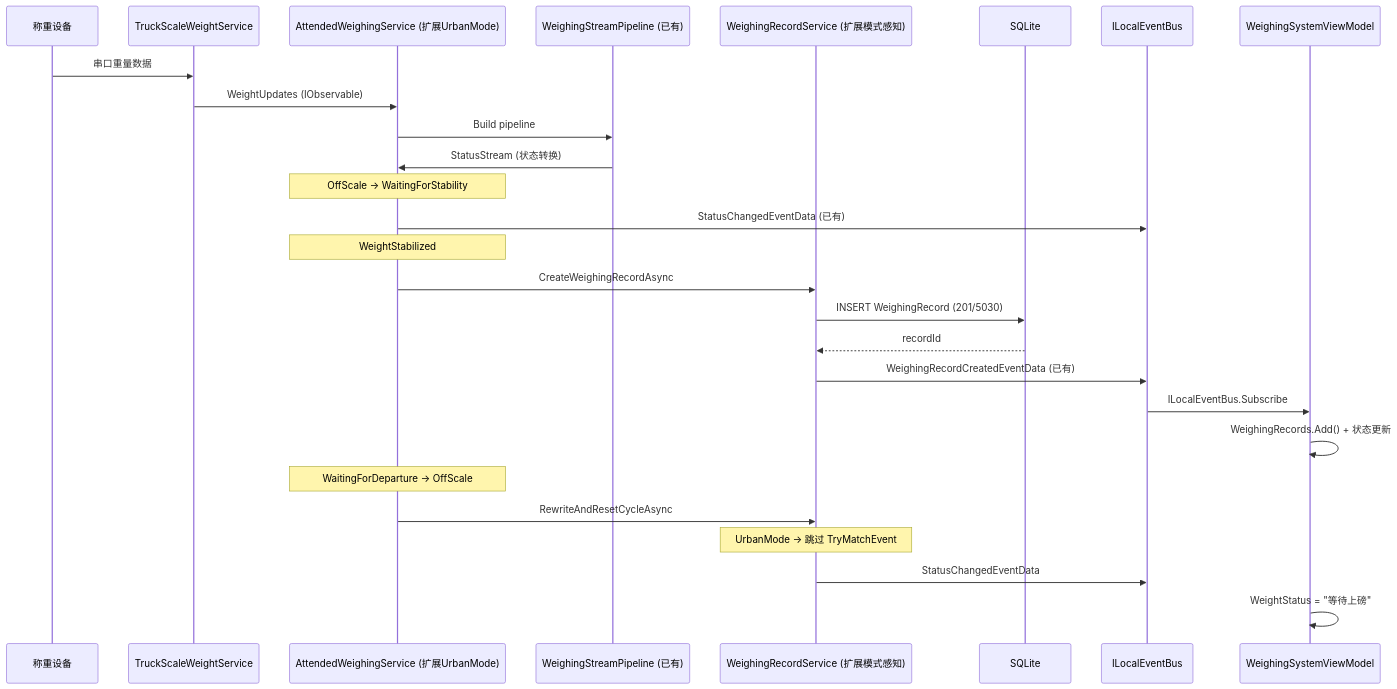
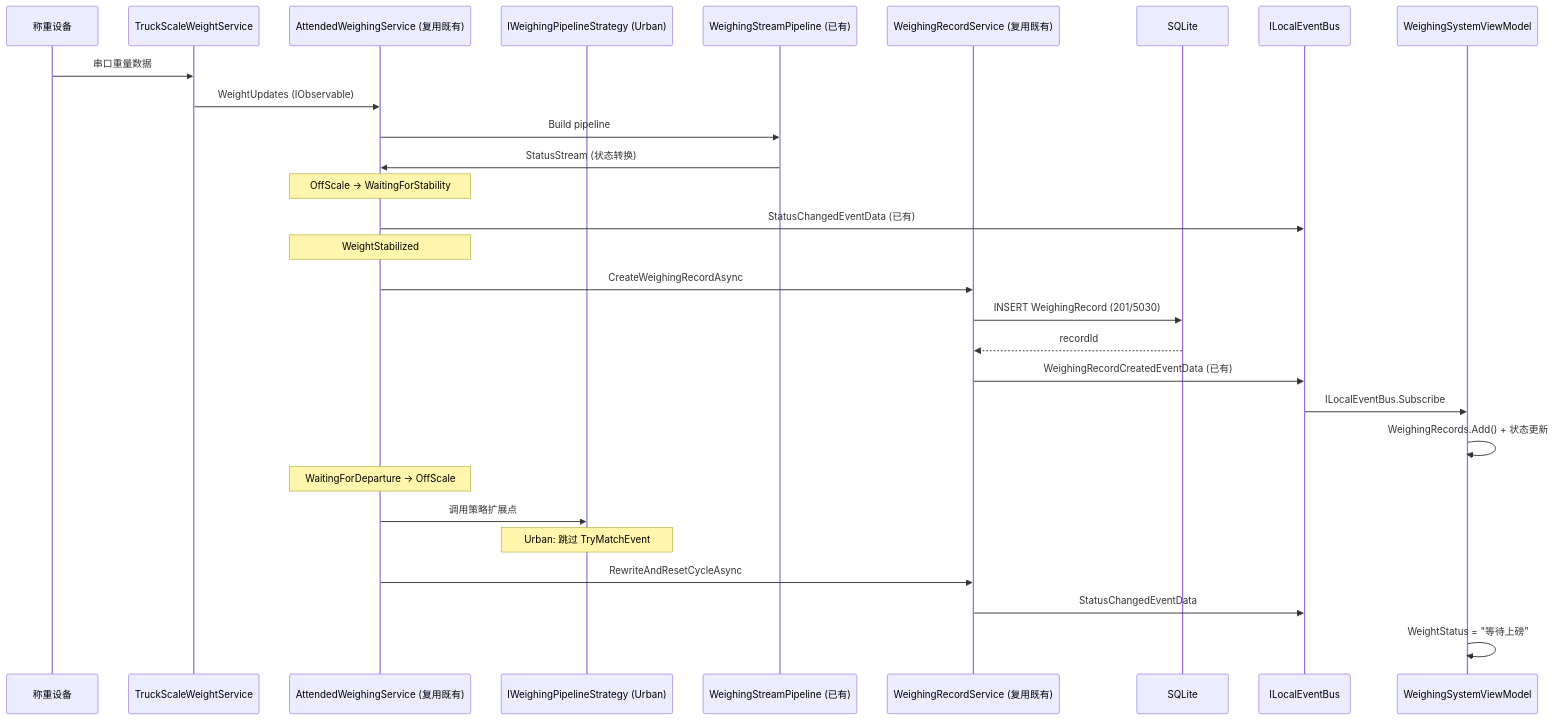
One commit to feewillowherb/MaterialMonospec changed the second of 2 diagrams in openspec/changes/urban-weighing-record-pipeline/design.md. Above: the diagram before and after it, drawn with Mermaid. The commit also changed other lines of this file and 2 other files, not shown here.

First line of the commit message:
docs(openspec): refine Urban weighing record pipeline design (ADR-5/8/9)

````diff
--- a/openspec/changes/urban-weighing-record-pipeline/design.md
+++ b/openspec/changes/urban-weighing-record-pipeline/design.md
@@ -150,35 +166,37 @@
 ```mermaid
 sequenceDiagram
     participant Dev as 称重设备
     participant TSW as TruckScaleWeightService
-    participant AWS as AttendedWeighingService (扩展UrbanMode)
+    participant AWS as AttendedWeighingService (复用既有)
+    participant Strat as IWeighingPipelineStrategy (Urban)
     participant WSP as WeighingStreamPipeline (已有)
-    participant WRS as WeighingRecordService (扩展模式感知)
+    participant WRS as WeighingRecordService (复用既有)
     participant DB as SQLite
     participant EB as ILocalEventBus
     participant VM as WeighingSystemViewModel
 
     Dev->>TSW: 串口重量数据
     TSW->>AWS: WeightUpdates (IObservable)
     AWS->>WSP: Build pipeline
     WSP->>AWS: StatusStream (状态转换)
 
     Note over AWS: OffScale → WaitingForStability
     AWS->>EB: StatusChangedEventData (已有)
 
     Note over AWS: WeightStabilized
     AWS->>WRS: CreateWeighingRecordAsync
     WRS->>DB: INSERT WeighingRecord (201/5030)
     DB-->>WRS: recordId
     WRS->>EB: WeighingRecordCreatedEventData (已有)
 
     EB->>VM: ILocalEventBus.Subscribe
     VM->>VM: WeighingRecords.Add() + 状态更新
 
     Note over AWS: WaitingForDeparture → OffScale
+    AWS->>Strat: 调用策略扩展点
+    Note over Strat: Urban: 跳过 TryMatchEvent
     AWS->>WRS: RewriteAndResetCycleAsync
-    Note over WRS: UrbanMode → 跳过 TryMatchEvent
     WRS->>EB: StatusChangedEventData
 
     VM->>VM: WeightStatus = "等待上磅"
 ```
````
